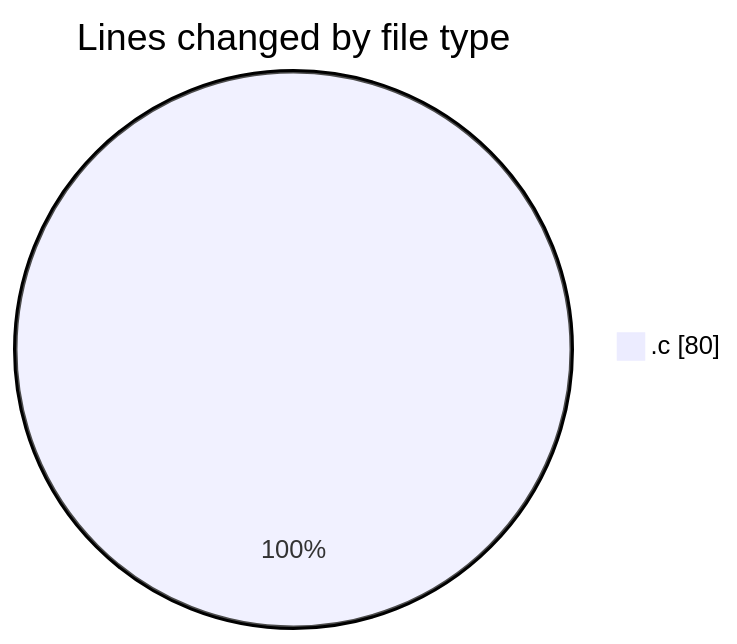
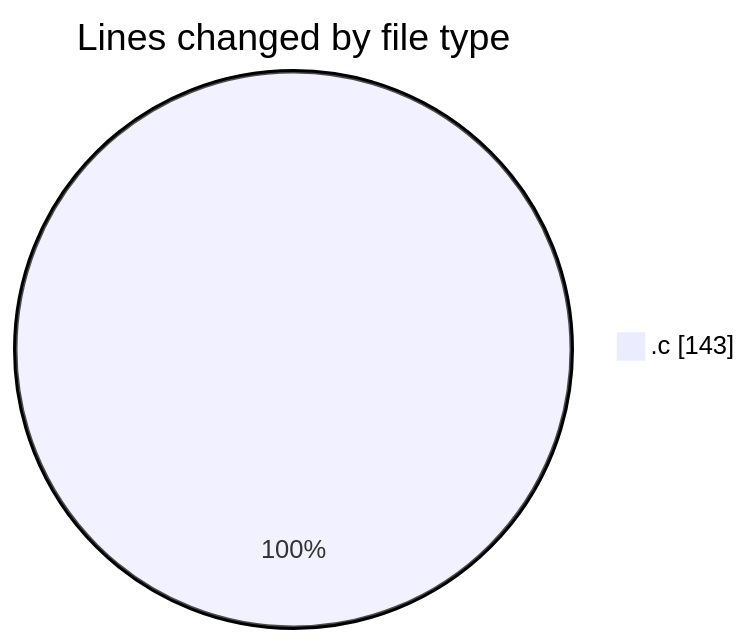
One commit to Ritupan-Deka/code-tracking changed the first of 2 diagrams in 2025-01-26/search/README.md. Above: the diagram before and after it, drawn with Mermaid. The commit also changed other lines of this file and 1 other file, not shown here.

````diff
--- a/2025-01-26/search/README.md
+++ b/2025-01-26/search/README.md
@@ -20,5 +20,5 @@
 ```mermaid
 pie showData
 title Lines changed by file type
-".c" : 80
+".c" : 143
 ```
````
